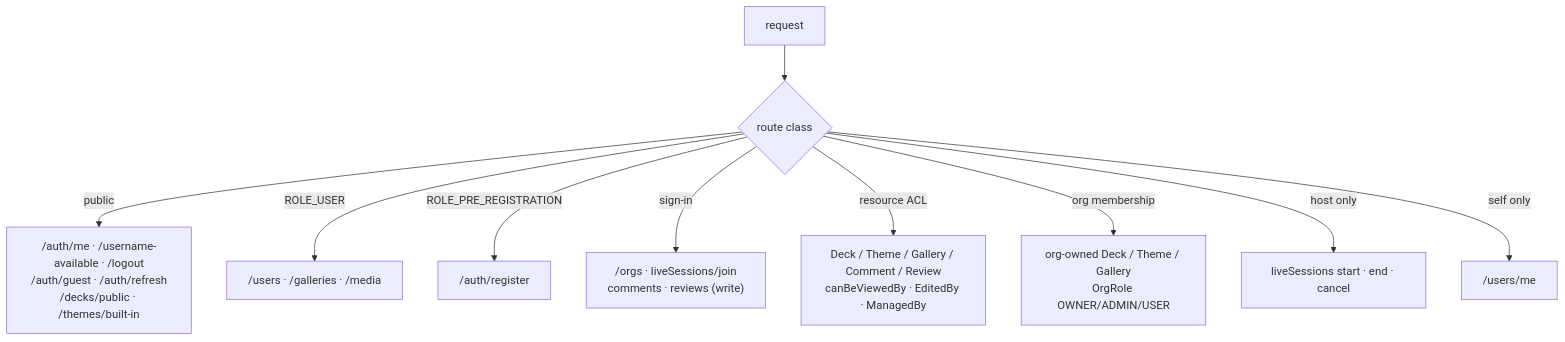
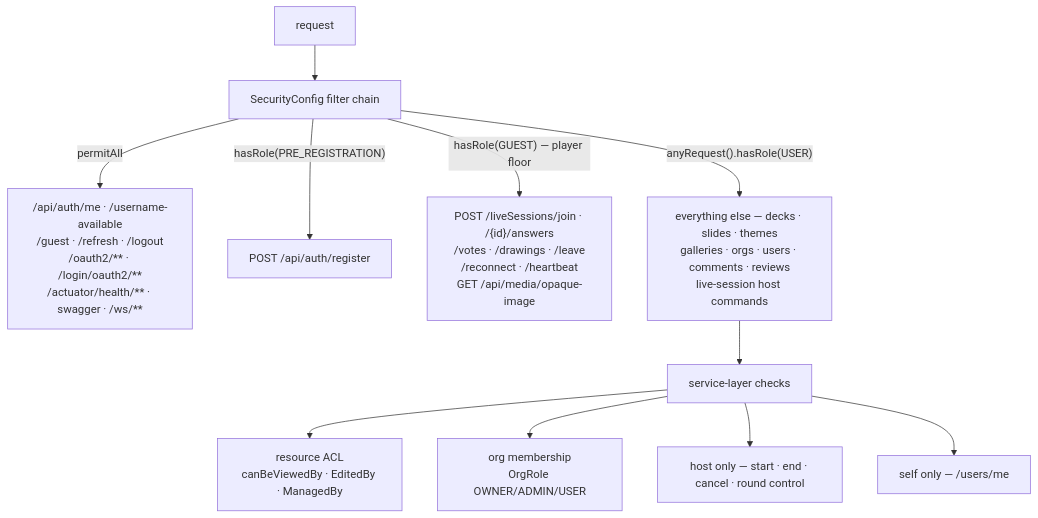
The second of 2 diagrams in z-docs/diagrams/backend-services.md (Saganaut/ambi), drawn with Mermaid before and after one commit. The commit also changed other lines of this file and 91 other files, not shown here.

````diff
--- a/z-docs/diagrams/backend-services.md
+++ b/z-docs/diagrams/backend-services.md
@@ -98,12 +111,14 @@
 ```mermaid
 flowchart TB
-    REQ["request"] --> KIND{"route class"}
-    KIND -->|public| PUB["/auth/me · /username-available · /logout<br/>/auth/guest · /auth/refresh<br/>/decks/public · /themes/built-in"]
-    KIND -->|"ROLE_USER"| RU["/users · /galleries · /media"]
-    KIND -->|"ROLE_PRE_REGISTRATION"| PREG["/auth/register"]
-    KIND -->|"sign-in"| SI["/orgs · liveSessions/join<br/>comments · reviews (write)"]
-    KIND -->|"resource ACL"| ACL["Deck / Theme / Gallery / Comment / Review<br/>canBeViewedBy · EditedBy · ManagedBy"]
-    KIND -->|"org membership"| OM["org-owned Deck / Theme / Gallery<br/>OrgRole OWNER/ADMIN/USER"]
-    KIND -->|"host only"| HO["liveSessions start · end · cancel"]
-    KIND -->|"self only"| SO["/users/me"]
+    REQ["request"] --> CHAIN["SecurityConfig filter chain"]
+    CHAIN -->|permitAll| PUB["/api/auth/me · /username-available<br/>/guest · /refresh · /logout<br/>/oauth2/** · /login/oauth2/**<br/>/actuator/health/** · swagger · /ws/**"]
+    CHAIN -->|"hasRole(PRE_REGISTRATION)"| PREG["POST /api/auth/register"]
+    CHAIN -->|"hasRole(GUEST) — player floor"| GST["POST /liveSessions/join · /{id}/answers<br/>/votes · /drawings · /leave<br/>/reconnect · /heartbeat<br/>GET /api/media/opaque-image"]
+    CHAIN -->|"anyRequest().hasRole(USER)"| RU["everything else — decks · slides · themes<br/>galleries · orgs · users · comments · reviews<br/>live-session host commands"]
+
+    RU --> SVC["service-layer checks"]
+    SVC --> ACL["resource ACL<br/>canBeViewedBy · EditedBy · ManagedBy"]
+    SVC --> OM["org membership<br/>OrgRole OWNER/ADMIN/USER"]
+    SVC --> HO["host only — start · end · cancel · round control"]
+    SVC --> SO["self only — /users/me"]
 ```
````
